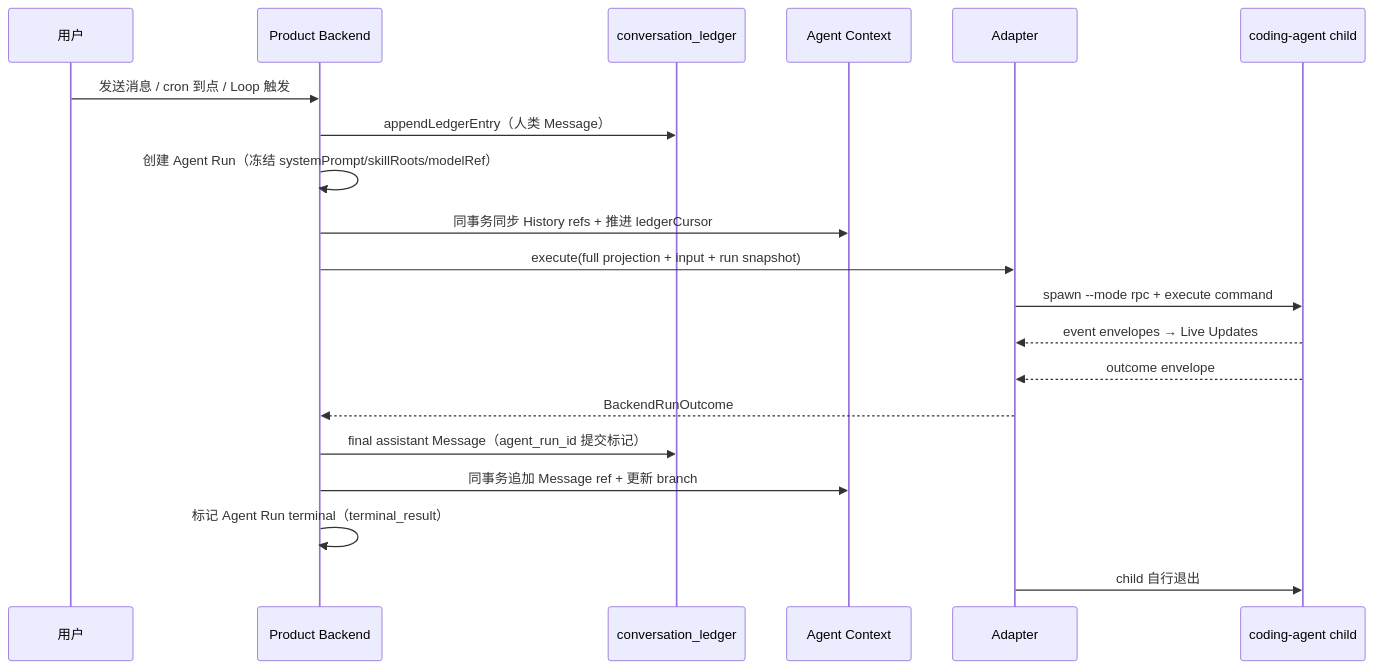
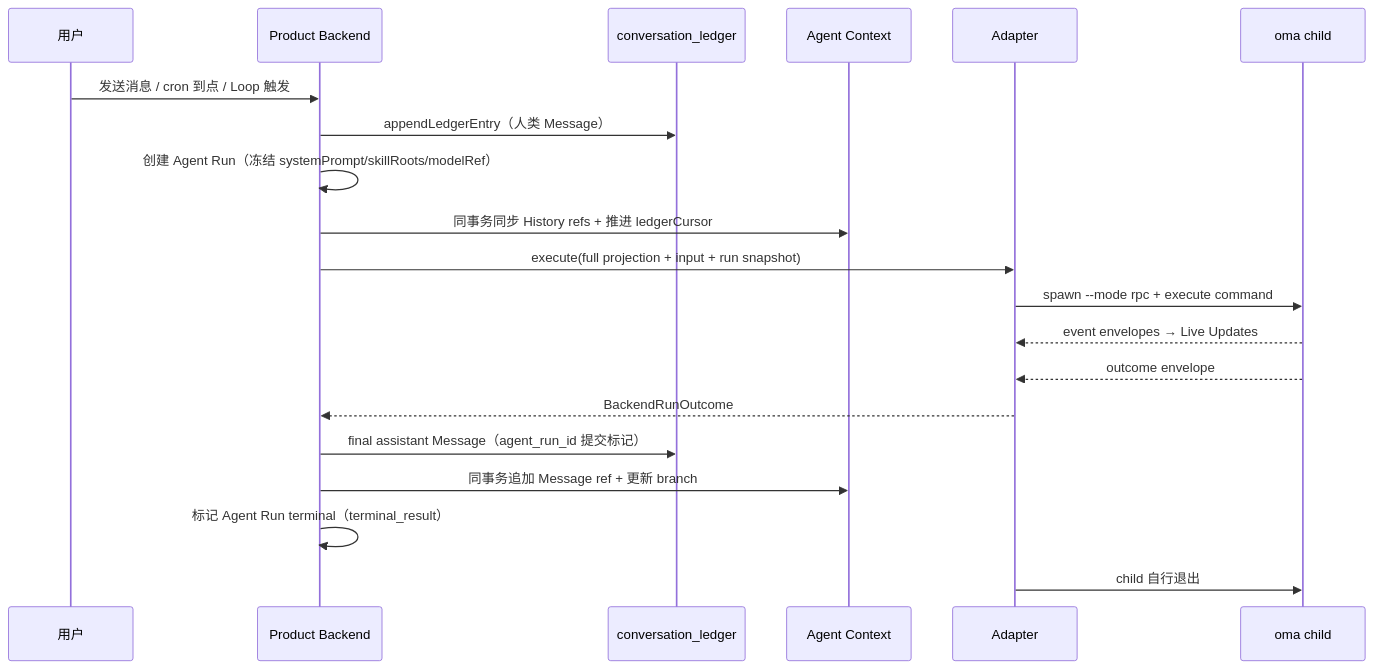
Before and after one commit to Chengchcc/my-agent-dev: the diagram in docs/architecture/foundations/lifecycle-overview.md, drawn with Mermaid. The commit also changed other lines of this file and 451 other files, not shown here.

First line of the commit message:
refactor(repo): rename coding-agent to oma and split wire protocol

````diff
--- a/docs/architecture/foundations/lifecycle-overview.md
+++ b/docs/architecture/foundations/lifecycle-overview.md
@@ -18,23 +18,23 @@
 ```mermaid
 sequenceDiagram
   participant U as 用户
   participant P as Product Backend
   participant L as conversation_ledger
   participant C as Agent Context
   participant A as Adapter
-  participant K as coding-agent child
+  participant K as oma child
 
   U->>P: 发送消息 / cron 到点 / Loop 触发
   P->>L: appendLedgerEntry（人类 Message）
   P->>P: 创建 Agent Run（冻结 systemPrompt/skillRoots/modelRef）
   P->>C: 同事务同步 History refs + 推进 ledgerCursor
   P->>A: execute(full projection + input + run snapshot)
   A->>K: spawn --mode rpc + execute command
   K-->>A: event envelopes → Live Updates
   K-->>A: outcome envelope
   A-->>P: BackendRunOutcome
   P->>L: final assistant Message（agent_run_id 提交标记）
   P->>C: 同事务追加 Message ref + 更新 branch
   P->>P: 标记 Agent Run terminal（terminal_result）
   A->>K: child 自行退出
 ```
````
